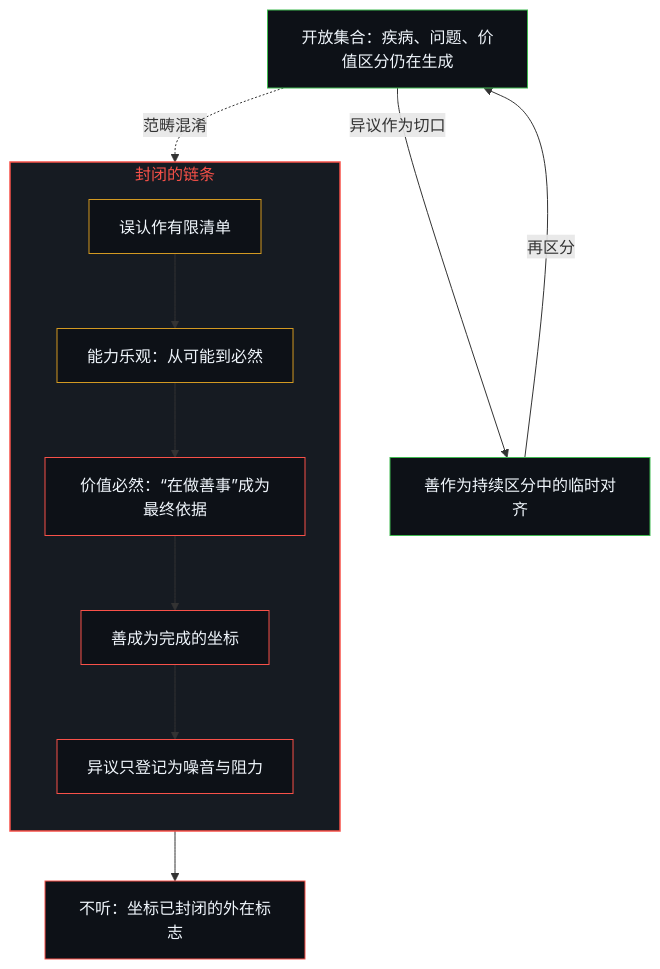
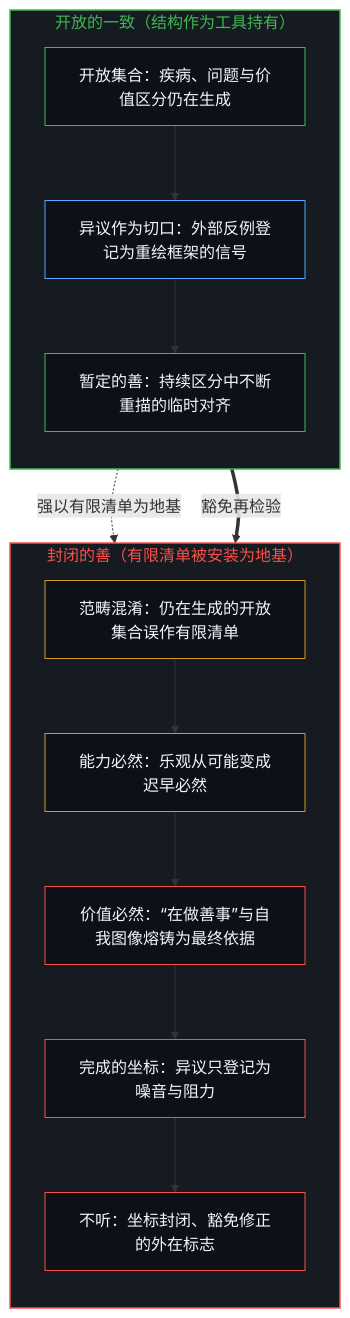
One commit to powerpig99/not-a-toe changed the first of 2 diagrams in content/posts/e-shi-feng-bi-de-shan.md. Above: the diagram before and after it, drawn with Mermaid. The commit also changed other lines of this file and 1 other file, not shown here.

````diff
--- a/content/posts/e-shi-feng-bi-de-shan.md
+++ b/content/posts/e-shi-feng-bi-de-shan.md
@@ -69,25 +69,34 @@
 ```mermaid
 flowchart TD
-    A["开放集合：疾病、问题、价值区分仍在生成"]
-    subgraph S_C["封闭的链条"]
+    subgraph S_Open["开放的一致（结构作为工具持有）"]
         direction TB
-        C1["误认作有限清单"]
-        C2["能力乐观：从可能到必然"]
-        C3["价值必然：“在做善事”成为最终依据"]
-        C4["善成为完成的坐标"]
-        C5["异议只登记为噪音与阻力"]
+        O1["开放集合：疾病、问题与价值区分仍在生成"]
+        O2["异议作为切口：外部反例登记为重绘框架的信号"]
+        O3["暂定的善：持续区分中不断重描的临时对齐"]
+        O1 --> O2 --> O3
     end
-    D["不听：坐标已封闭的外在标志"]
-    A -.->|"范畴混淆"| C1 --> C2 --> C3 --> C4 --> C5 --> D
-    A -->|"异议作为切口"| R["善作为持续区分中的临时对齐"]
-    R -->|"再区分"| A
-    style S_C fill:#161b22,stroke:#f85149,stroke-width:1.5px,color:#f85149
-    style A fill:#0d1117,stroke:#3fb950,stroke-width:1px,color:#f0f6fc
-    style R fill:#0d1117,stroke:#3fb950,stroke-width:1px,color:#f0f6fc
+
+    subgraph S_Closed["封闭的善（有限清单被安装为地基）"]
+        direction TB
+        C1["范畴混淆：仍在生成的开放集合误作有限清单"]
+        C2["能力必然：乐观从可能变成迟早必然"]
+        C3["价值必然：“在做善事”与自我图像熔铸为最终依据"]
+        C4["完成的坐标：异议只登记为噪音与阻力"]
+        C5["不听：坐标封闭、豁免修正的外在标志"]
+        C1 --> C2 --> C3 --> C4 --> C5
+    end
+
+    O1 -.->|"强以有限清单为地基"| C1
+    O3 ==>|"豁免再检验"| C3
+
+    style S_Open fill:#161b22,stroke:#3fb950,stroke-width:1.5px,color:#3fb950
+    style S_Closed fill:#161b22,stroke:#f85149,stroke-width:1.5px,color:#f85149
+    style O1 fill:#0d1117,stroke:#3fb950,stroke-width:1px,color:#f0f6fc
+    style O2 fill:#0d1117,stroke:#58a6ff,stroke-width:1px,color:#f0f6fc
+    style O3 fill:#0d1117,stroke:#3fb950,stroke-width:1px,color:#f0f6fc
     style C1 fill:#0d1117,stroke:#d29922,stroke-width:1px,color:#f0f6fc
     style C2 fill:#0d1117,stroke:#d29922,stroke-width:1px,color:#f0f6fc
     style C3 fill:#0d1117,stroke:#f85149,stroke-width:1px,color:#f0f6fc
     style C4 fill:#0d1117,stroke:#f85149,stroke-width:1px,color:#f0f6fc
     style C5 fill:#0d1117,stroke:#f85149,stroke-width:1px,color:#f0f6fc
-    style D fill:#0d1117,stroke:#f85149,stroke-width:1px,color:#f0f6fc
 ```
````
